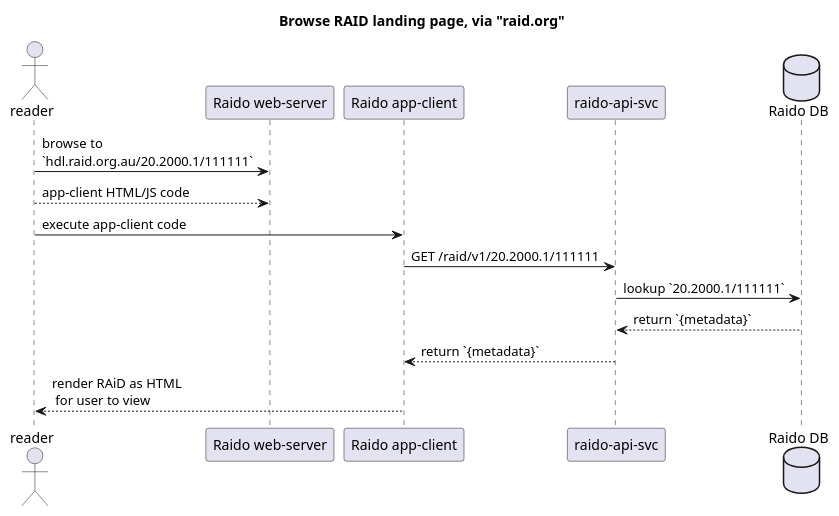
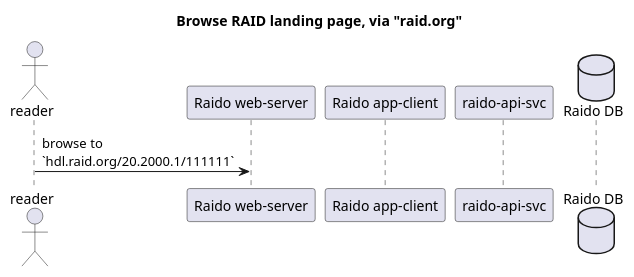
One commit to au-research/raido changed the diagram in doc/architecture/cnri-handle/browse-raid-via-raid.plantuml. Above: the diagram before and after it, drawn with PlantUML.

```diff
--- a/doc/architecture/cnri-handle/browse-raid-via-raid.plantuml
+++ b/doc/architecture/cnri-handle/browse-raid-via-raid.plantuml
@@ -1,21 +1,21 @@
 @startuml
 title Browse RAID landing page, via "raid.org"
 
 actor "reader" as reader
 
 participant "Raido web-server" as raidoWeb
 participant "Raido app-client" as appClient
 
 participant "raido-api-svc" as raidoApi
 database "Raido DB" as raidoDb
 
 
-reader -> raidoWeb: browse to \n`hdl.raid.org.au/20.2000.1/111111`
-raidoWeb <-- reader: app-client HTML/JS code
-reader -> appClient: execute app-client code  
-appClient -> raidoApi: GET /raid/v1/20.2000.1/111111
-raidoApi -> raidoDb: lookup `20.2000.1/111111`
-raidoDb --> raidoApi: return `{metadata}`
-raidoApi --> appClient: return `{metadata}`
-appClient --> reader: render RAiD as HTML\n for user to view  
+reader -> raidoWeb: browse to \n`hdl.raid.org/20.2000.1/111111`
+'raidoWeb <-- reader: app-client HTML/JS code
+'reader -> appClient: execute app-client code  
+'appClient -> raidoApi: GET /raid/v1/20.2000.1/111111
+'raidoApi -> raidoDb: lookup `20.2000.1/111111`
+'raidoDb --> raidoApi: return `{metadata}`
+'raidoApi --> appClient: return `{metadata}`
+'appClient --> reader: render RAiD as HTML\n for user to view  
 @enduml
```
